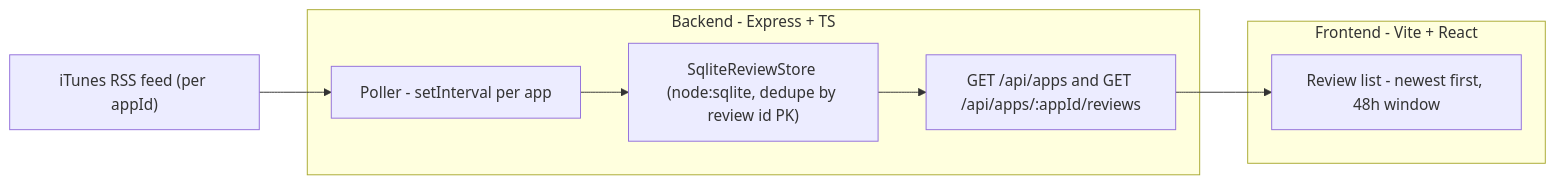
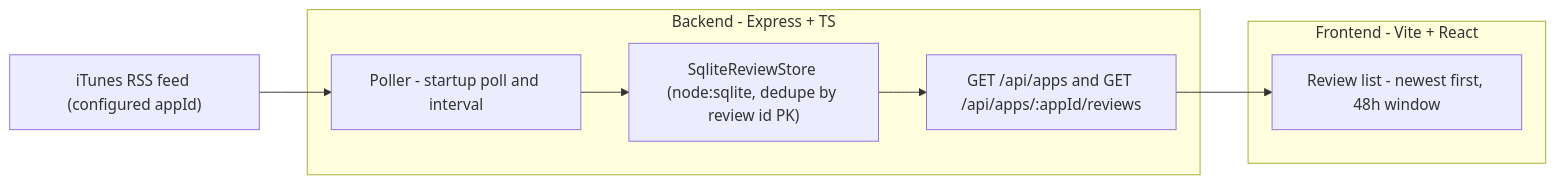
One commit to lindjacob/ReviewStream changed the diagram in docs/PLAN.md. Above: the diagram before and after it, drawn with Mermaid. The commit also changed other lines of this file and 4 other files, not shown here.

````diff
--- a/docs/PLAN.md
+++ b/docs/PLAN.md
@@ -17,13 +17,13 @@
 ```mermaid
 flowchart LR
-    rss["iTunes RSS feed (per appId)"]
+    rss["iTunes RSS feed (configured appId)"]
     subgraph backend [Backend - Express + TS]
-        poller[Poller - setInterval per app]
+        poller[Poller - startup poll and interval]
         store["SqliteReviewStore (node:sqlite, dedupe by review id PK)"]
         api["GET /api/apps and GET /api/apps/:appId/reviews"]
     end
     subgraph frontend [Frontend - Vite + React]
         ui[Review list - newest first, 48h window]
     end
     rss --> poller --> store --> api --> ui
 ```
````
